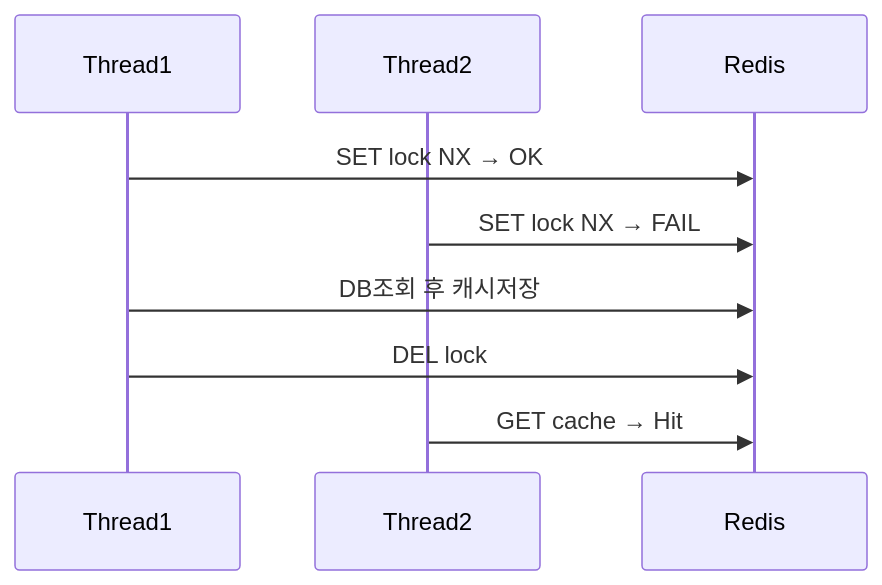
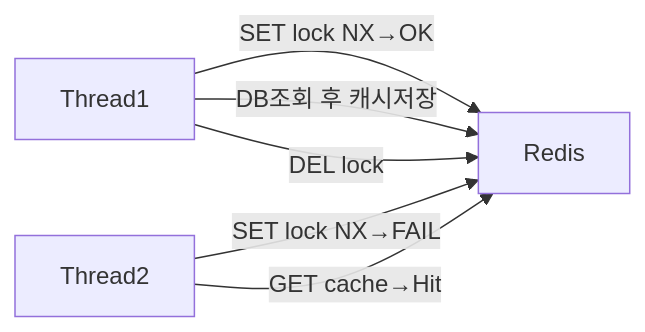
One commit to yjkim2015/yjkim2015.github.io changed the fourth of 8 diagrams in _posts/caching/2026-05-03-cache-invalidation.md. Above: the diagram before and after it, drawn with Mermaid. The commit also changed other lines of this file and 32 other files, not shown here.

First line of the commit message:
sequenceDiagram 82개 → graph LR 변환 완료

````diff
--- a/_posts/caching/2026-05-03-cache-invalidation.md
+++ b/_posts/caching/2026-05-03-cache-invalidation.md
@@ -244,11 +244,8 @@
 ```mermaid
-sequenceDiagram
-    participant T1 as Thread1
-    participant T2 as Thread2
-    participant R as Redis
-    T1->>R: SET lock NX → OK
-    T2->>R: SET lock NX → FAIL
-    T1->>R: DB조회 후 캐시저장
-    T1->>R: DEL lock
-    T2->>R: GET cache → Hit
+graph LR
+    T1["Thread1"] -->|"SET lock NX→OK"| R["Redis"]
+    T2["Thread2"] -->|"SET lock NX→FAIL"| R
+    T1 -->|"DB조회 후 캐시저장"| R
+    T1 -->|"DEL lock"| R
+    T2 -->|"GET cache→Hit"| R
 ```
````
